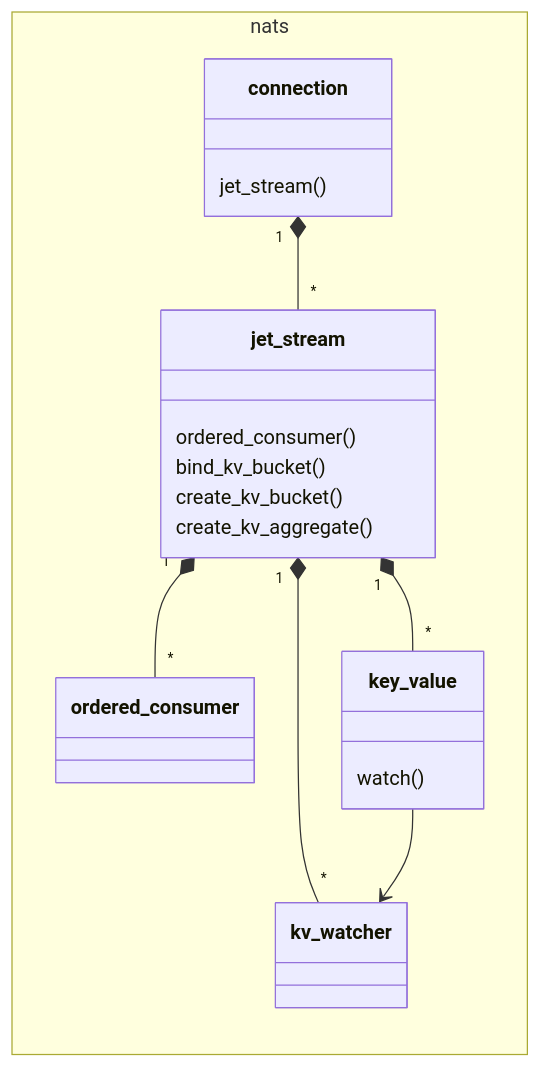
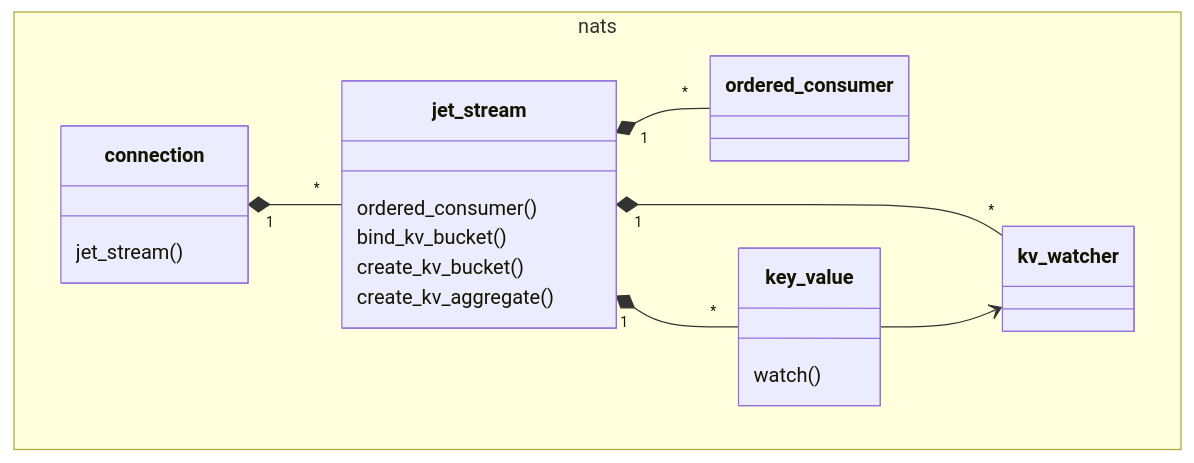
One commit to Kazmirchuk/nats-tcl changed the diagram in CoreAPI.md. Above: the diagram before and after it, drawn with Mermaid.

Commit message:
struggling with mermaid

````diff
--- a/CoreAPI.md
+++ b/CoreAPI.md
@@ -390,25 +390,24 @@
 ```mermaid
 classDiagram
-direction LR
 namespace nats {
     class connection {
         jet_stream()
     }
     class jet_stream {
         ordered_consumer()
         bind_kv_bucket()
         create_kv_bucket()
         create_kv_aggregate()
     }
     class key_value {
         watch()
     }
     class kv_watcher
     class ordered_consumer
 }
 connection "1" *-- "*" jet_stream
 jet_stream "1" *-- "*" ordered_consumer
 jet_stream "1" *-- "*" key_value
 jet_stream "1" *-- "*" kv_watcher
 key_value --> kv_watcher
 ```
````
